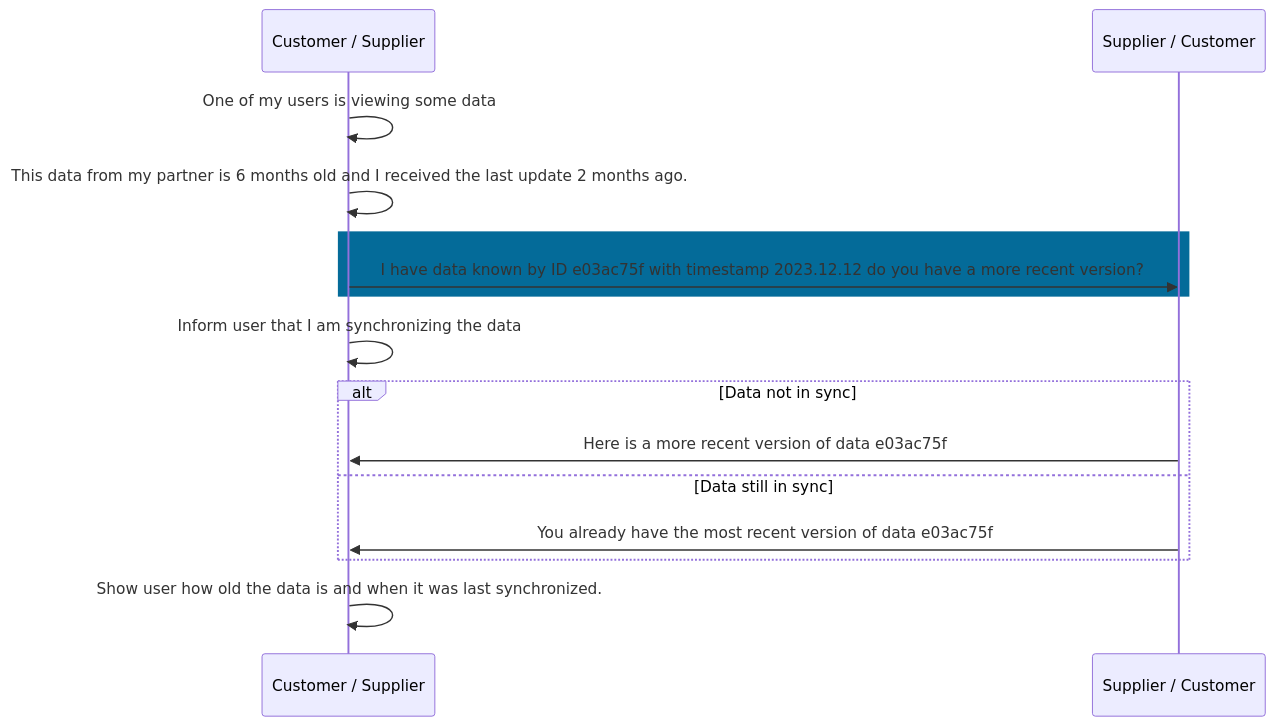
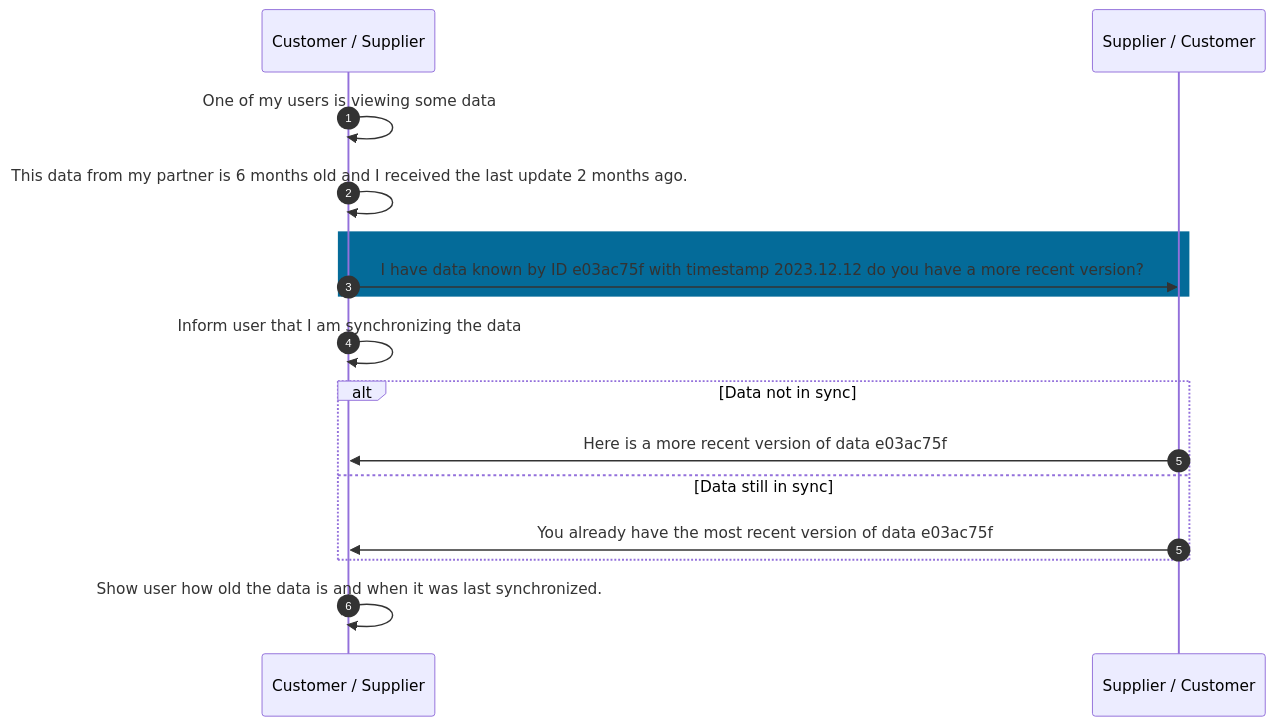
The diagram in docs-kits/kits/Demand and Capacity Management Kit/adoption-view/use-case/rfu.md (eclipse-tractusx/eclipse-tractusx.github.io), drawn with Mermaid before and after one commit. The commit also changed 12 other files, not shown here.

Commit message:
Added numbering to sequence diagrams

````diff
--- a/docs-kits/kits/Demand and Capacity Management Kit/adoption-view/use-case/rfu.md
+++ b/docs-kits/kits/Demand and Capacity Management Kit/adoption-view/use-case/rfu.md
@@ -23,19 +23,19 @@
 ```mermaid
 sequenceDiagram
+autonumber
 Participant c as Customer / Supplier
 Participant s as Supplier / Customer
 c->>c: One of my users is viewing some data
 c->>c: This data from my partner is 6 months old and I received the last update 2 months ago.
 rect rgb(4,107,153) 
-c->>s: I have data known by ID e03ac75f with timestamp 2023.12.12 do you have a more recent version?
-
+    c->>s: I have data known by ID e03ac75f with timestamp 2023.12.12 do you have a more recent version?
 end
 c->>c: Inform user that I am synchronizing the data
 alt Data not in sync
-s->>c: Here is a more recent version of data e03ac75f
+    s->>c: Here is a more recent version of data e03ac75f
 else Data still in sync
-s->>c: You already have the most recent version of data e03ac75f
-
+    autonumber 5
+    s->>c: You already have the most recent version of data e03ac75f
 end
 c->>c: Show user how old the data is and when it was last synchronized.
 ```
````
